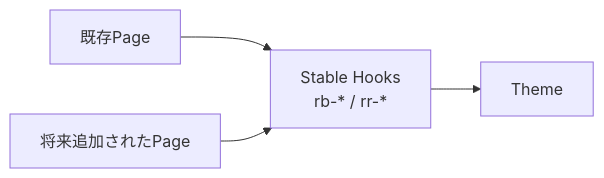
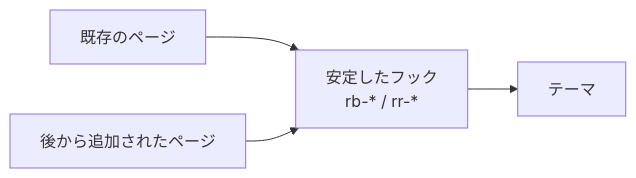
The fourth of 6 diagrams in docs/docs/themes/writing-a-theme.ja.md (Rerurate514/riebeckite), drawn with Mermaid before and after one commit. The commit also changed other lines of this file and 310 other files, not shown here.

````diff
--- a/docs/docs/themes/writing-a-theme.ja.md
+++ b/docs/docs/themes/writing-a-theme.ja.md
@@ -470,11 +416,11 @@
 ```mermaid id="ox4v8a"
 flowchart LR
-    A["既存Page"]
-    B["将来追加されたPage"]
-    Hooks["Stable Hooks<br/>rb-* / rr-*"]
-    Theme["Theme"]
+    A["既存のページ"]
+    B["後から追加されたページ"]
+    Hooks["安定したフック<br/>rb-* / rr-*"]
+    Theme["テーマ"]
 
     A --> Hooks
     B --> Hooks
     Hooks --> Theme
 ```
````
